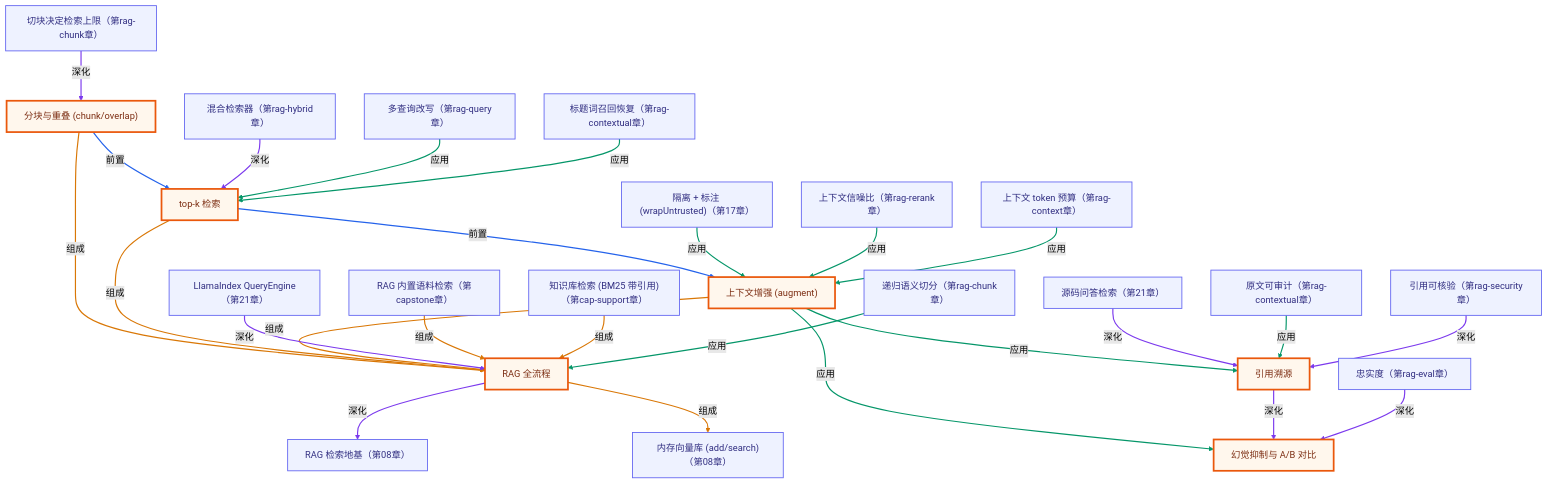
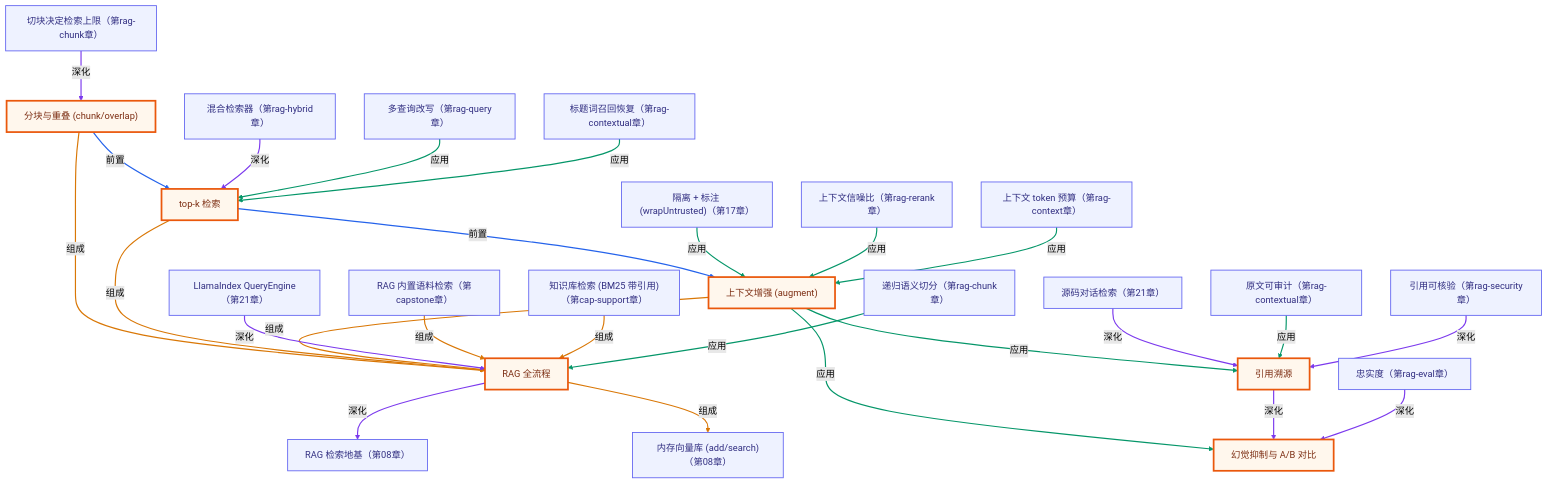
One commit to songuu/agent changed the second of 2 diagrams in lessons/09-rag-from-scratch/README.md. Above: the diagram before and after it, drawn with Mermaid (forest theme). The commit also changed other lines of this file and 15 other files, not shown here.

````diff
--- a/lessons/09-rag-from-scratch/README.md
+++ b/lessons/09-rag-from-scratch/README.md
@@ -213,80 +213,80 @@
 ```mermaid
 graph TB
   classDef own fill:#fff7ed,stroke:#ea580c,stroke-width:3px,color:#7c2d12;
   classDef cross fill:#eef2ff,stroke:#6366f1,stroke-width:1.5px,color:#312e81;
   n_c09_rag_pipeline["RAG 全流程"]
   n_c09_chunk_overlap["分块与重叠 (chunk/overlap)"]
   n_c09_topk_retrieval["top-k 检索"]
   n_c09_augment_prompt["上下文增强 (augment)"]
   n_c09_citation["引用溯源"]
   n_c09_hallucination_reduction["幻觉抑制与 A/B 对比"]
   n_c08_rag_foundation["RAG 检索地基（第08章）"]
   n_c08_vector_store["内存向量库 (add/search)（第08章）"]
   n_c17_isolate_and_label["隔离 + 标注 (wrapUntrusted)（第17章）"]
-  n_srca_source_qa["源码问答检索（第21章）"]
+  n_srca_source_qa["源码对话检索（第21章）"]
   n_srca_llamaindex_query_engine["LlamaIndex QueryEngine（第21章）"]
   n_ccapstone_rag_corpus["RAG 内置语料检索（第capstone章）"]
   n_csup_rag["知识库检索 (BM25 带引用)（第cap-support章）"]
   n_cragchunk_why_matters["切块决定检索上限（第rag-chunk章）"]
   n_cragchunk_recursive["递归语义切分（第rag-chunk章）"]
   n_craghybrid_retriever["混合检索器（第rag-hybrid章）"]
   n_cragrerank_signal_to_noise["上下文信噪比（第rag-rerank章）"]
   n_cragquery_multi_query["多查询改写（第rag-query章）"]
   n_crageval_faithfulness["忠实度（第rag-eval章）"]
   n_cragcontextual_title_recall["标题词召回恢复（第rag-contextual章）"]
   n_cragcontextual_raw_preserved["原文可审计（第rag-contextual章）"]
   n_cragsec_citation_verification["引用可核验（第rag-security章）"]
   n_cragctx_context_budget["上下文 token 预算（第rag-context章）"]
   n_c09_chunk_overlap -->|组成| n_c09_rag_pipeline
   n_c09_topk_retrieval -->|组成| n_c09_rag_pipeline
   n_c09_augment_prompt -->|组成| n_c09_rag_pipeline
   n_c09_chunk_overlap -->|前置| n_c09_topk_retrieval
   n_c09_topk_retrieval -->|前置| n_c09_augment_prompt
   n_c09_augment_prompt -->|应用| n_c09_citation
   n_c09_augment_prompt -->|应用| n_c09_hallucination_reduction
   n_c09_citation -->|深化| n_c09_hallucination_reduction
   n_c09_rag_pipeline -->|深化| n_c08_rag_foundation
   n_c09_rag_pipeline -->|组成| n_c08_vector_store
   n_c17_isolate_and_label -->|应用| n_c09_augment_prompt
   n_srca_source_qa -->|深化| n_c09_citation
   n_srca_llamaindex_query_engine -->|深化| n_c09_rag_pipeline
   n_ccapstone_rag_corpus -->|组成| n_c09_rag_pipeline
   n_csup_rag -->|组成| n_c09_rag_pipeline
   n_cragchunk_why_matters -->|深化| n_c09_chunk_overlap
   n_cragchunk_recursive -->|应用| n_c09_rag_pipeline
   n_craghybrid_retriever -->|深化| n_c09_topk_retrieval
   n_cragrerank_signal_to_noise -->|应用| n_c09_augment_prompt
   n_cragquery_multi_query -->|应用| n_c09_topk_retrieval
   n_crageval_faithfulness -->|深化| n_c09_hallucination_reduction
   n_cragcontextual_title_recall -->|应用| n_c09_topk_retrieval
   n_cragcontextual_raw_preserved -->|应用| n_c09_citation
   n_cragsec_citation_verification -->|深化| n_c09_citation
   n_cragctx_context_budget -->|应用| n_c09_augment_prompt
   class n_c09_rag_pipeline,n_c09_chunk_overlap,n_c09_topk_retrieval,n_c09_augment_prompt,n_c09_citation,n_c09_hallucination_reduction own;
   class n_c08_rag_foundation,n_c08_vector_store,n_c17_isolate_and_label,n_srca_source_qa,n_srca_llamaindex_query_engine,n_ccapstone_rag_corpus,n_csup_rag,n_cragchunk_why_matters,n_cragchunk_recursive,n_craghybrid_retriever,n_cragrerank_signal_to_noise,n_cragquery_multi_query,n_crageval_faithfulness,n_cragcontextual_title_recall,n_cragcontextual_raw_preserved,n_cragsec_citation_verification,n_cragctx_context_budget cross;
   linkStyle 0 stroke:#d97706,stroke-width:2px;
   linkStyle 1 stroke:#d97706,stroke-width:2px;
   linkStyle 2 stroke:#d97706,stroke-width:2px;
   linkStyle 3 stroke:#2563eb,stroke-width:2px;
   linkStyle 4 stroke:#2563eb,stroke-width:2px;
   linkStyle 5 stroke:#059669,stroke-width:2px;
   linkStyle 6 stroke:#059669,stroke-width:2px;
   linkStyle 7 stroke:#7c3aed,stroke-width:2px;
   linkStyle 8 stroke:#7c3aed,stroke-width:2px;
   linkStyle 9 stroke:#d97706,stroke-width:2px;
   linkStyle 10 stroke:#059669,stroke-width:2px;
   linkStyle 11 stroke:#7c3aed,stroke-width:2px;
   linkStyle 12 stroke:#7c3aed,stroke-width:2px;
   linkStyle 13 stroke:#d97706,stroke-width:2px;
   linkStyle 14 stroke:#d97706,stroke-width:2px;
   linkStyle 15 stroke:#7c3aed,stroke-width:2px;
   linkStyle 16 stroke:#059669,stroke-width:2px;
   linkStyle 17 stroke:#7c3aed,stroke-width:2px;
   linkStyle 18 stroke:#059669,stroke-width:2px;
   linkStyle 19 stroke:#059669,stroke-width:2px;
   linkStyle 20 stroke:#7c3aed,stroke-width:2px;
   linkStyle 21 stroke:#059669,stroke-width:2px;
   linkStyle 22 stroke:#059669,stroke-width:2px;
   linkStyle 23 stroke:#7c3aed,stroke-width:2px;
   linkStyle 24 stroke:#059669,stroke-width:2px;
 ```
````
